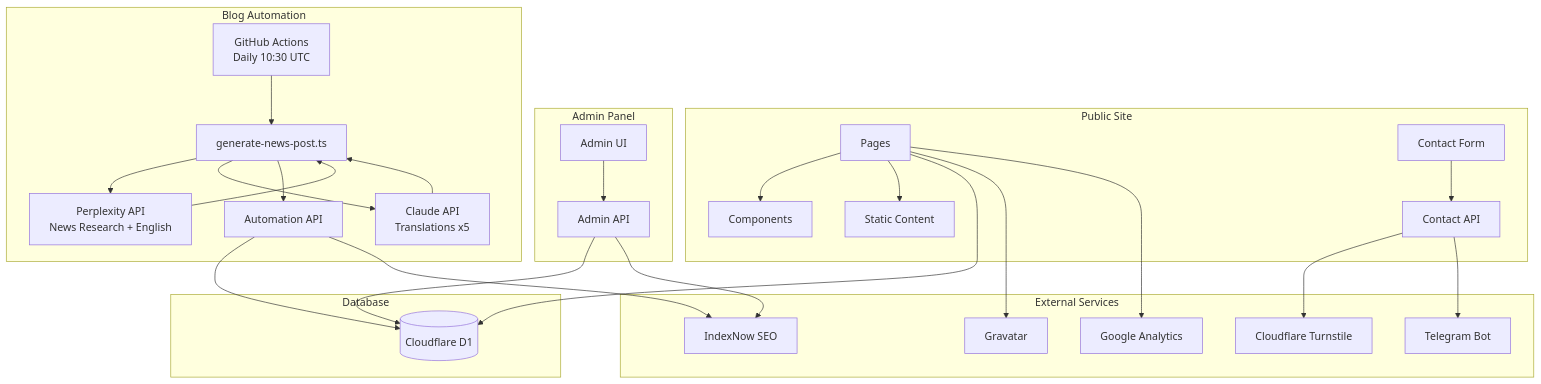
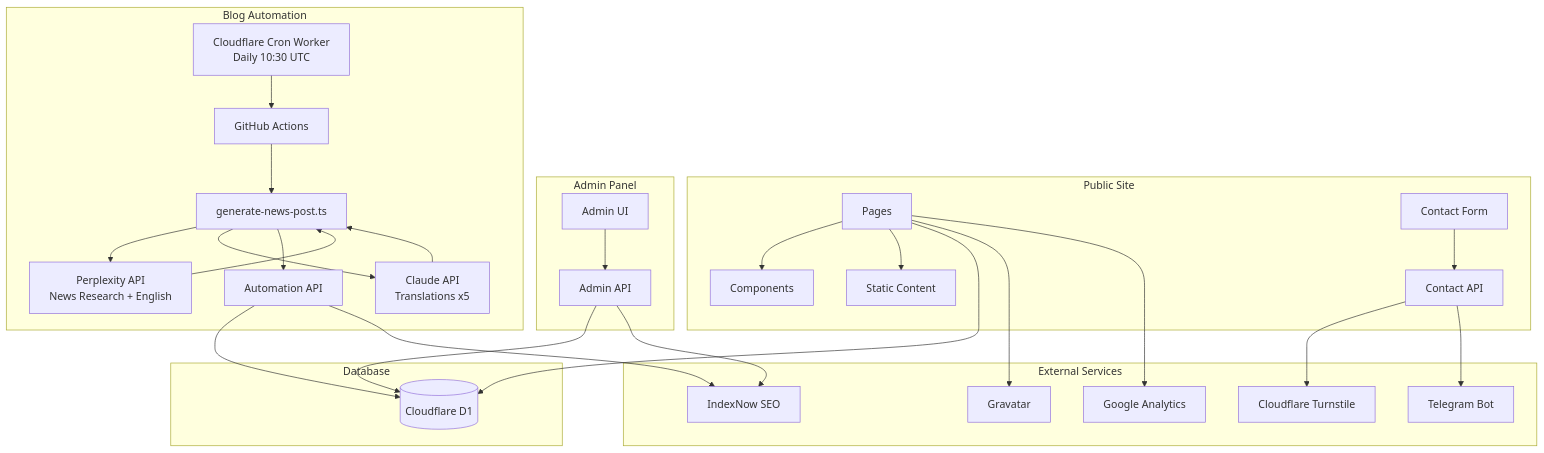
One commit to ITGuys-RO/itguys.ro changed the diagram in README.md. Above: the diagram before and after it, drawn with Mermaid. The commit also changed 3 other files, not shown here.

First line of the commit message:
feat: add Cloudflare cron worker for blog generation trigger

````diff
--- a/README.md
+++ b/README.md
@@ -7,55 +7,57 @@
 ```mermaid
 graph TB
     subgraph "Public Site"
         Pages[Pages]
         Components[Components]
         Content[Static Content]
         ContactForm[Contact Form]
         ContactAPI[Contact API]
     end
 
     subgraph "Admin Panel"
         AdminUI[Admin UI]
         AdminAPI[Admin API]
     end
 
     subgraph "Blog Automation"
-        GHA[GitHub Actions<br/>Daily 10:30 UTC]
+        CronWorker[Cloudflare Cron Worker<br/>Daily 10:30 UTC]
+        GHA[GitHub Actions]
         Generator[generate-news-post.ts]
         Perplexity[Perplexity API<br/>News Research + English]
         Claude[Claude API<br/>Translations x5]
         AutomationAPI[Automation API]
     end
 
     subgraph "Database"
         D1[(Cloudflare D1)]
     end
 
     subgraph "External Services"
         Turnstile[Cloudflare Turnstile]
         Telegram[Telegram Bot]
         IndexNow[IndexNow SEO]
         Gravatar[Gravatar]
         GA4[Google Analytics]
     end
 
     Pages --> Components
     Pages --> Content
     Pages --> D1
     Pages --> Gravatar
     Pages --> GA4
     ContactForm --> ContactAPI
     ContactAPI --> Turnstile
     ContactAPI --> Telegram
     AdminUI --> AdminAPI
     AdminAPI --> D1
     AdminAPI --> IndexNow
+    CronWorker --> GHA
     GHA --> Generator
     Generator --> Perplexity
     Perplexity --> Generator
     Generator --> Claude
     Claude --> Generator
     Generator --> AutomationAPI
     AutomationAPI --> D1
     AutomationAPI --> IndexNow
 ```
````
